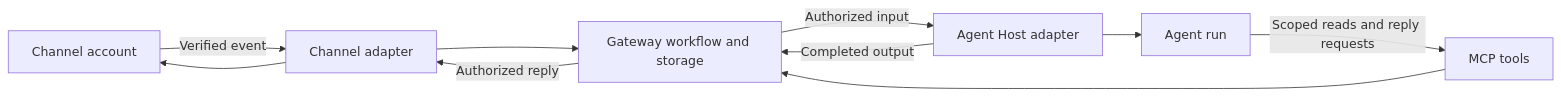
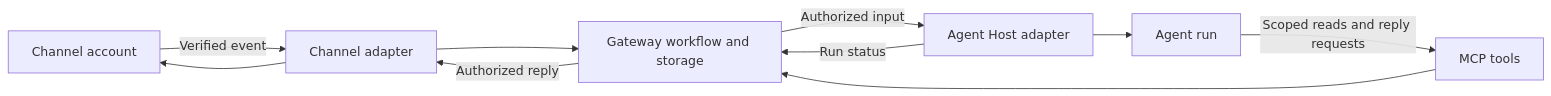
One commit to saurlax/channel-gateway changed the diagram in spec/00-overview.md. Above: the diagram before and after it, drawn with Mermaid. The commit also changed 36 other files, not shown here.

````diff
--- a/spec/00-overview.md
+++ b/spec/00-overview.md
@@ -21,12 +21,12 @@
 ```mermaid
 flowchart LR
     Channel[Channel account] -->|Verified event| Ingress[Channel adapter]
     Ingress --> Workflow[Gateway workflow and storage]
     Workflow -->|Authorized input| Host[Agent Host adapter]
     Host --> Agent[Agent run]
     Agent -->|Scoped reads and reply requests| MCP[MCP tools]
     MCP --> Workflow
-    Host -->|Completed output| Workflow
+    Host -->|Run status| Workflow
     Workflow -->|Authorized reply| Ingress
     Ingress --> Channel
 ```
````
